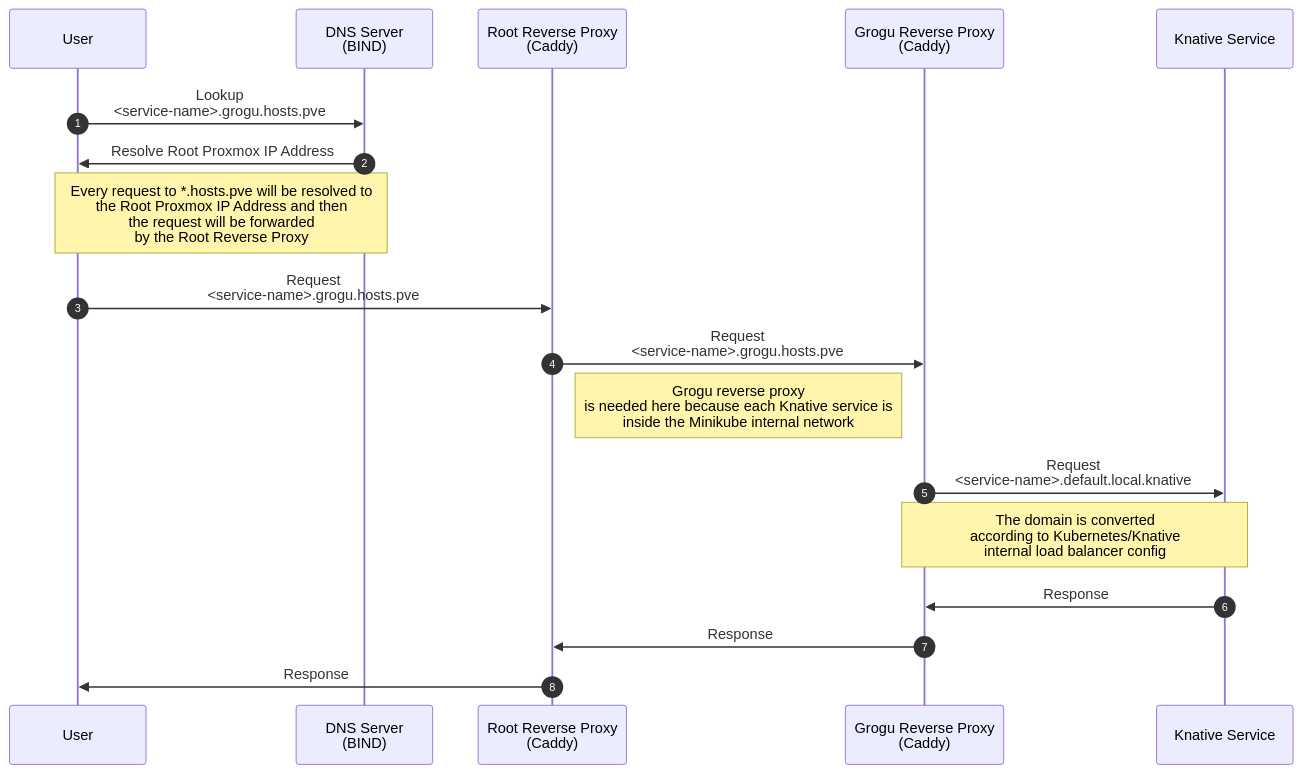
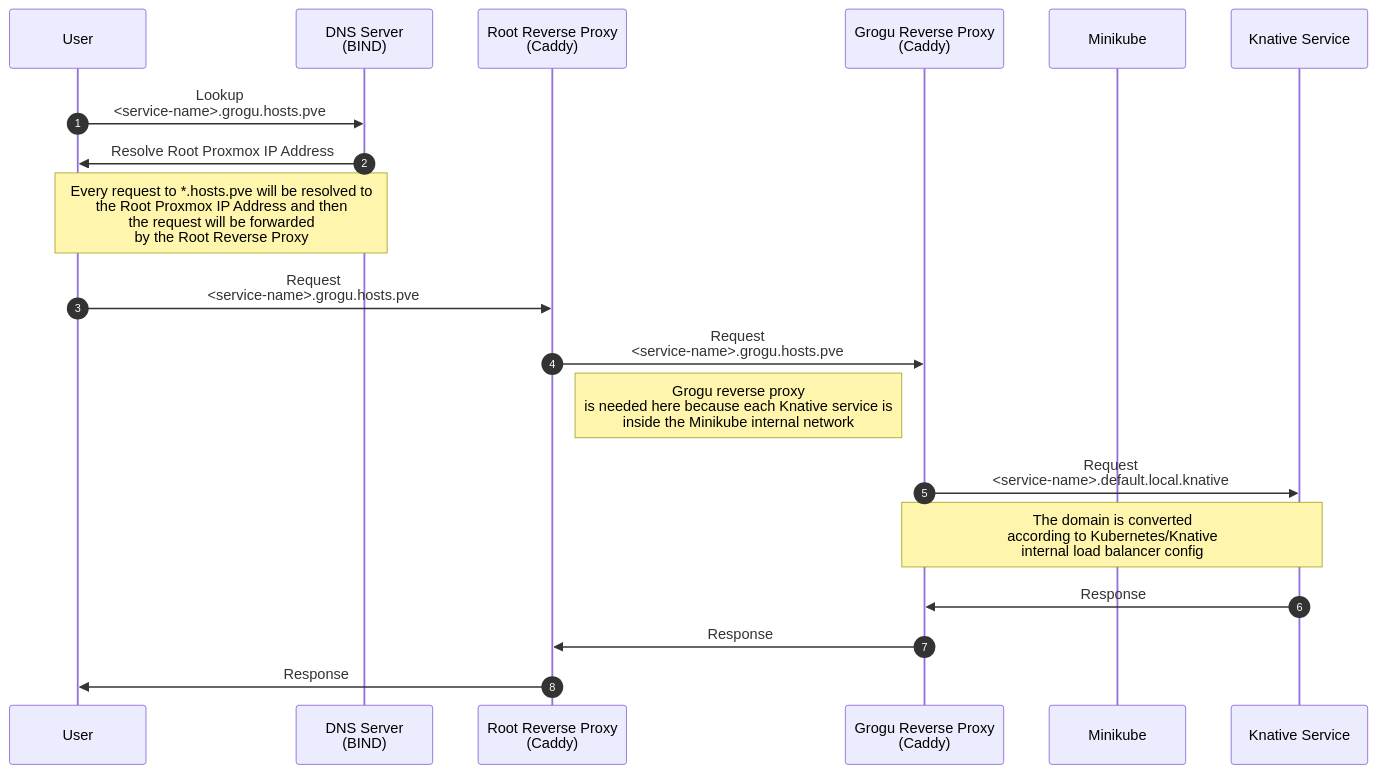
The second of 2 diagrams in README.md (Syakhisk/proxmox-minikube-knative), drawn with Mermaid before and after one commit.

````diff
--- a/README.md
+++ b/README.md
@@ -94,25 +93,26 @@
 ```mermaid
 sequenceDiagram
   autonumber
   participant user as User
   participant bind as DNS Server <br> (BIND)
   participant rootCaddy as Root Reverse Proxy <br> (Caddy)
   participant svlCaddy as Grogu Reverse Proxy <br> (Caddy)
+  participant kube as Minikube
   participant svc as Knative Service
 
   user ->> bind: Lookup <br> <service-name>.grogu.hosts.pve
   bind ->> user: Resolve Root Proxmox IP Address
   note over user,bind: Every request to *.hosts.pve will be resolved to <br> the Root Proxmox IP Address and then<br> the request will be forwarded <br>by the Root Reverse Proxy
 
   user ->> rootCaddy: Request <br> <service-name>.grogu.hosts.pve
 
   rootCaddy ->> svlCaddy: Request <br> <service-name>.grogu.hosts.pve
   note right of rootCaddy: Grogu reverse proxy <br> is needed here because each Knative service is <br> inside the Minikube internal network
 
   svlCaddy ->> svc: Request <br> <service-name>.default.local.knative
   note over svlCaddy,svc: The domain is converted <br> according to Kubernetes/Knative <br> internal load balancer config
 
   svc ->> svlCaddy: Response
   svlCaddy ->> rootCaddy: Response
   rootCaddy ->> user: Response
 ```
````
